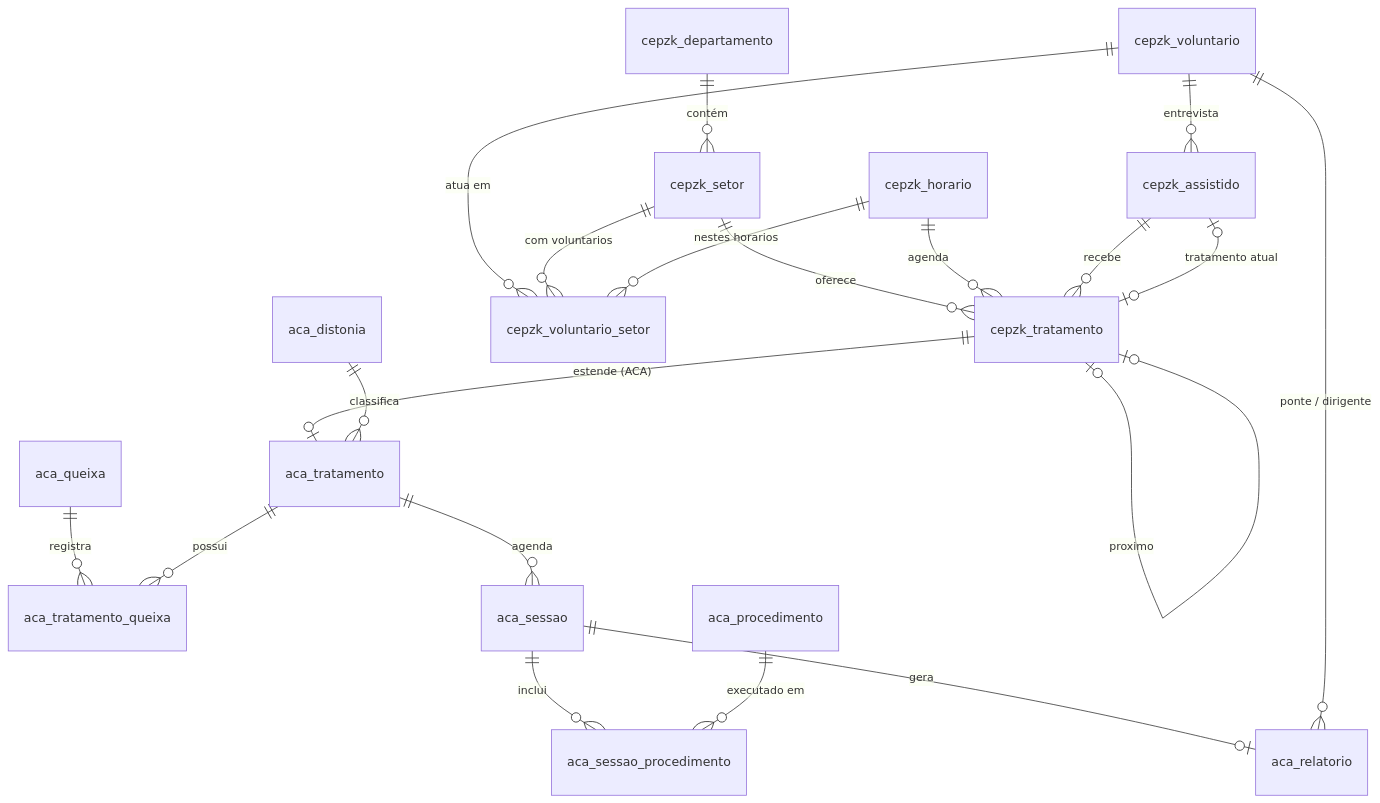
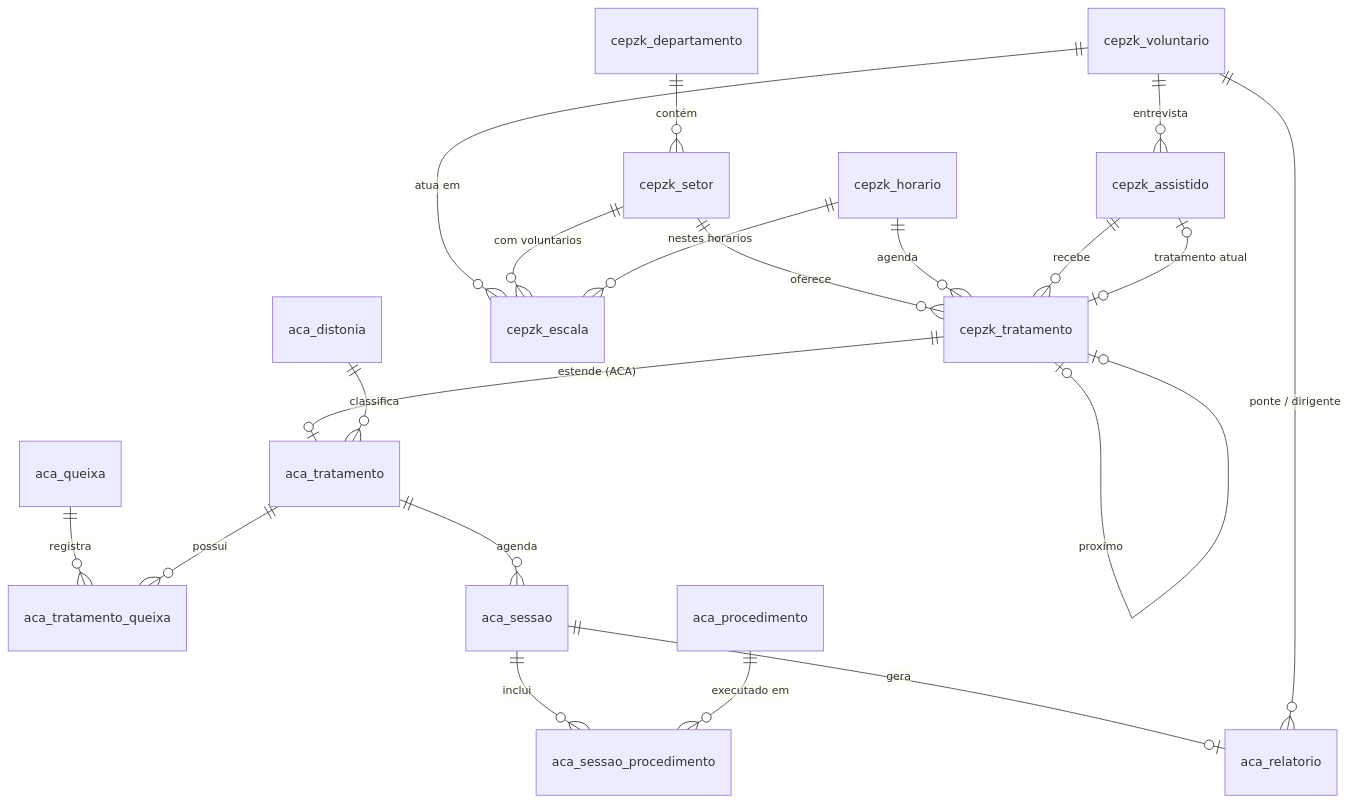
Before and after one commit to CEPZK/cepzk_atendimentos_backend: the diagram in docs/banco-de-dados.md, drawn with Mermaid. The commit also changed other lines of this file and 3 other files, not shown here.

First line of the commit message:
Schema tweaks: sobrenome, nome_completo, cepzk_escala, relatorio data_criacao

````diff
--- a/docs/banco-de-dados.md
+++ b/docs/banco-de-dados.md
@@ -18,22 +18,22 @@
 ```mermaid
 erDiagram
     cepzk_departamento ||--o{ cepzk_setor : "contém"
     cepzk_setor ||--o{ cepzk_tratamento : "oferece"
     cepzk_horario ||--o{ cepzk_tratamento : "agenda"
-    cepzk_voluntario ||--o{ cepzk_voluntario_setor : "atua em"
-    cepzk_setor ||--o{ cepzk_voluntario_setor : "com voluntarios"
-    cepzk_horario ||--o{ cepzk_voluntario_setor : "nestes horarios"
+    cepzk_voluntario ||--o{ cepzk_escala : "atua em"
+    cepzk_setor ||--o{ cepzk_escala : "com voluntarios"
+    cepzk_horario ||--o{ cepzk_escala : "nestes horarios"
     cepzk_voluntario ||--o{ cepzk_assistido : "entrevista"
     cepzk_assistido ||--o{ cepzk_tratamento : "recebe"
     cepzk_assistido |o--o| cepzk_tratamento : "tratamento atual"
     cepzk_tratamento |o--o| cepzk_tratamento : "proximo"
     cepzk_tratamento ||--o| aca_tratamento : "estende (ACA)"
     aca_distonia ||--o{ aca_tratamento : "classifica"
     aca_queixa ||--o{ aca_tratamento_queixa : "registra"
     aca_tratamento ||--o{ aca_tratamento_queixa : "possui"
     aca_tratamento ||--o{ aca_sessao : "agenda"
     aca_sessao ||--o{ aca_sessao_procedimento : "inclui"
     aca_procedimento ||--o{ aca_sessao_procedimento : "executado em"
     aca_sessao ||--o| aca_relatorio : "gera"
     cepzk_voluntario ||--o{ aca_relatorio : "ponte / dirigente"
 ```
````
